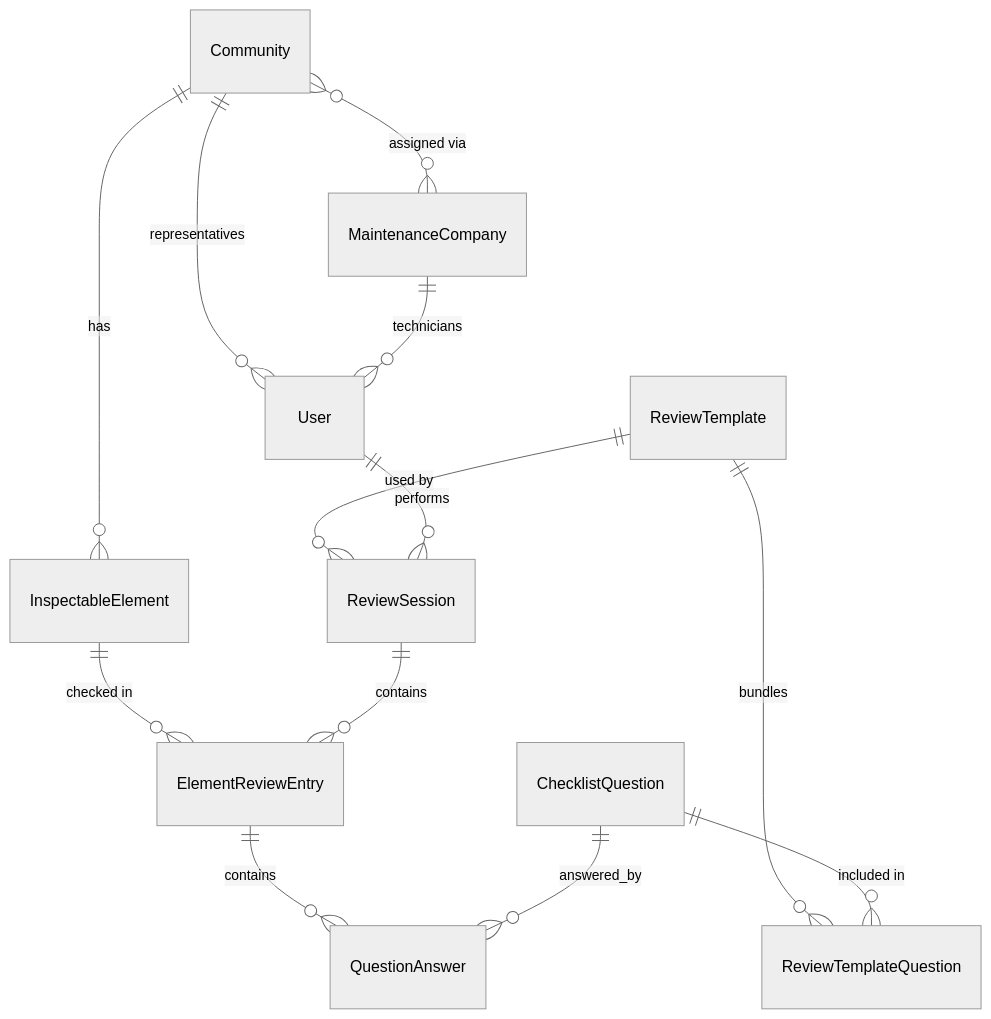
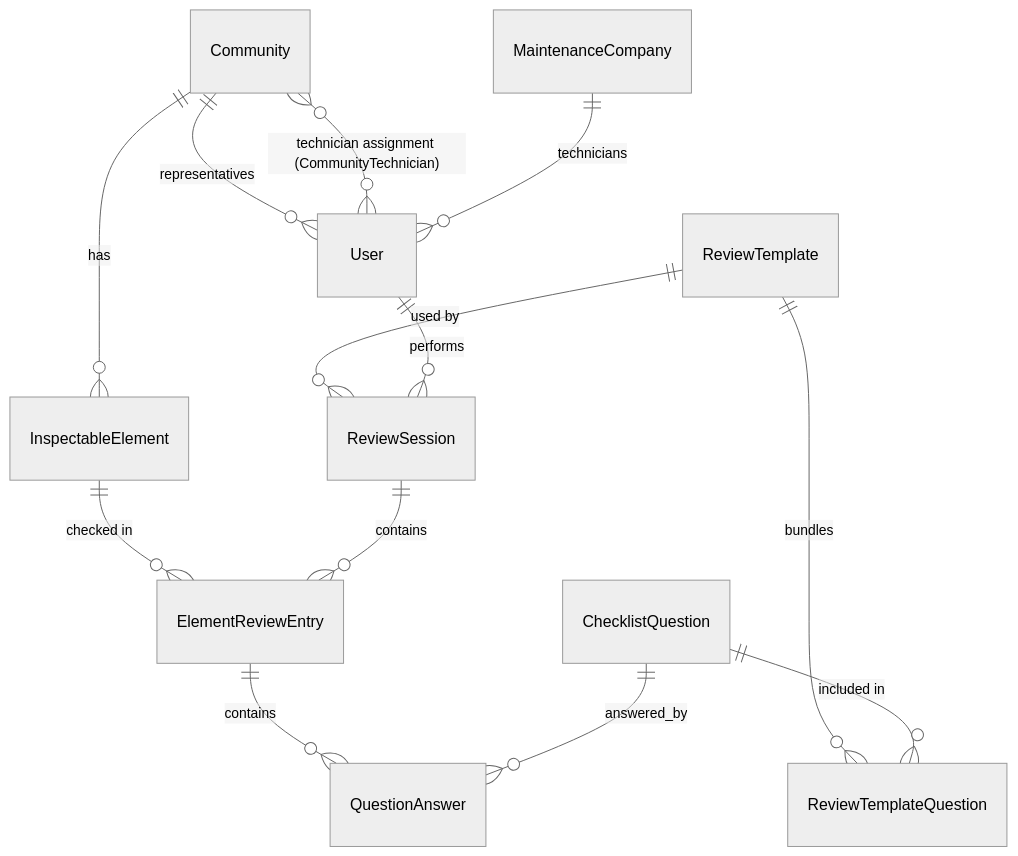
The diagram in docs/architecture/domain-model-inspections.md (BcnSynergy/sf-manager), drawn with Mermaid (neutral theme) before and after one commit. The commit also changed other lines of this file and 3 other files, not shown here.

````diff
--- a/docs/architecture/domain-model-inspections.md
+++ b/docs/architecture/domain-model-inspections.md
@@ -327,15 +415,15 @@
 ```mermaid
 erDiagram
     Community ||--o{ InspectableElement : has
     Community ||--o{ User : "representatives"
-    Community }o--o{ MaintenanceCompany : "assigned via"
+    Community }o--o{ User : "technician assignment (CommunityTechnician)"
     MaintenanceCompany ||--o{ User : "technicians"
     InspectableElement ||--o{ ElementReviewEntry : "checked in"
     ReviewTemplate ||--o{ ReviewTemplateQuestion : bundles
     ChecklistQuestion ||--o{ ReviewTemplateQuestion : "included in"
     ReviewTemplate ||--o{ ReviewSession : "used by"
     ReviewSession ||--o{ ElementReviewEntry : contains
     ElementReviewEntry ||--o{ QuestionAnswer : contains
     ChecklistQuestion ||--o{ QuestionAnswer : answered_by
     User ||--o{ ReviewSession : performs
 ```
````
